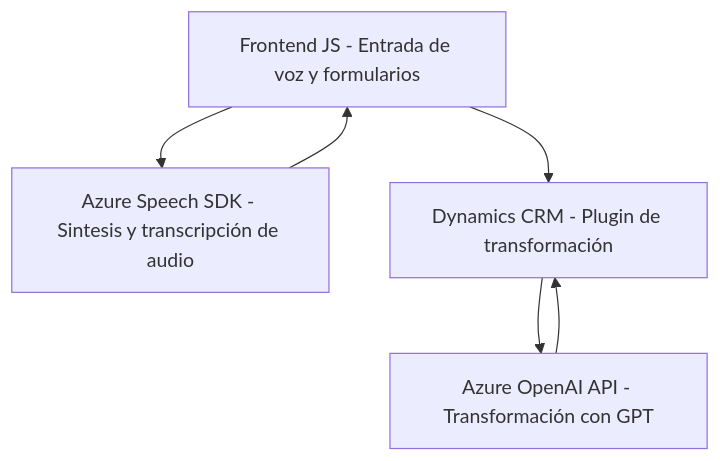
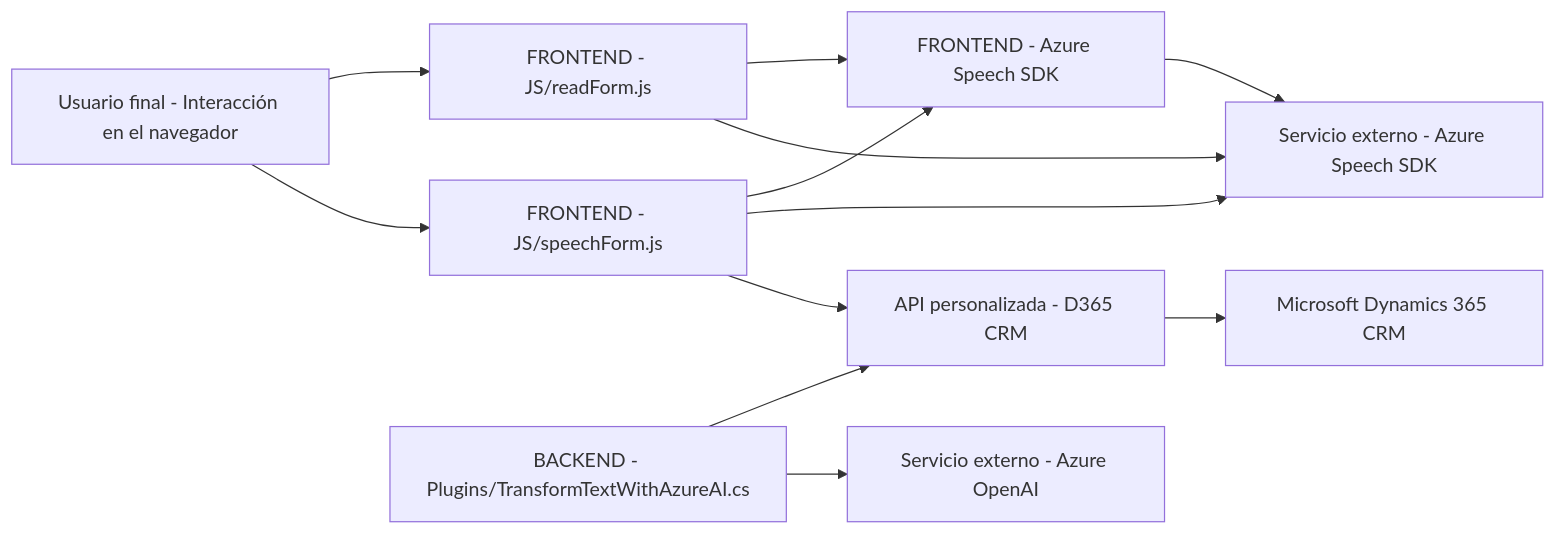
The diagram in README.md (blopezdm/NETCORE_BILBAO2025), drawn with Mermaid before and after one commit. The commit also changed other lines of this file, not shown here.

Commit message:
Actualizar análisis global de la solución con IA

````diff
--- a/README.md
+++ b/README.md
@@ -50,13 +39,24 @@
 ```mermaid
-graph TD
-    A["Frontend JS - Entrada de voz y formularios"]
-    B["Azure Speech SDK - Sintesis y transcripción de audio"]
-    C["Dynamics CRM - Plugin de transformación"]
-    D["Azure OpenAI API - Transformación con GPT"]
-    
-    A --> B
-    A --> C
-    B --> A
-    C --> D
-    D --> C
+graph LR
+    A["Usuario final - Interacción en el navegador"]
+    B["FRONTEND - JS/readForm.js"]
+    C["FRONTEND - JS/speechForm.js"]
+    D["FRONTEND - Azure Speech SDK"]
+    E["BACKEND - Plugins/TransformTextWithAzureAI.cs"]
+    F["Microsoft Dynamics 365 CRM"]
+    G["API personalizada - D365 CRM"]
+    H["Servicio externo - Azure Speech SDK"]
+    I["Servicio externo - Azure OpenAI"]
+
+    A-->B
+    A-->C
+    B-->D
+    C-->D
+    C-->H
+    B-->H
+    D-->H
+    C-->G
+    E-->G
+    E-->I
+    G-->F
 ```
````
